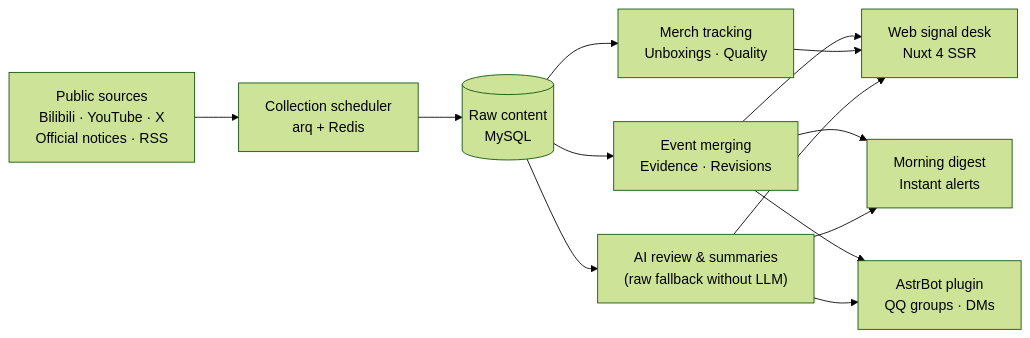
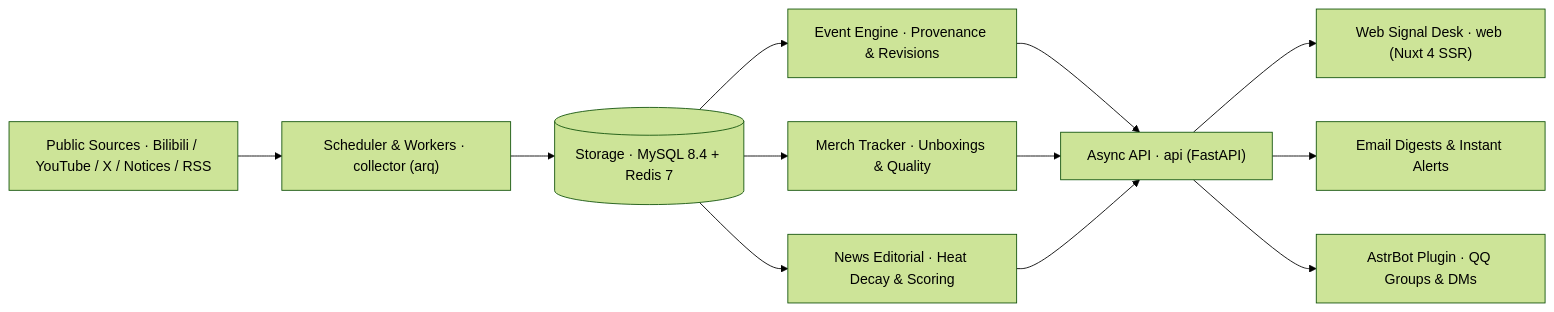
The diagram in README.en.md (tianyin231/AniSignal), drawn with Mermaid (forest theme) before and after one commit. The commit also changed other lines of this file and 1 other file, not shown here.

````diff
--- a/README.en.md
+++ b/README.en.md
@@ -88,15 +90,14 @@
 ```mermaid
 flowchart LR
-    S["Public sources<br/>Bilibili · YouTube · X<br/>Official notices · RSS"] --> Q["Collection scheduler<br/>arq + Redis"]
-    Q --> R[("Raw content<br/>MySQL")]
-    R --> E["Event merging<br/>Evidence · Revisions"]
-    R --> P["Merch tracking<br/>Unboxings · Quality"]
-    R --> A["AI review & summaries<br/>(raw fallback without LLM)"]
-    E --> W["Web signal desk<br/>Nuxt 4 SSR"]
-    P --> W
-    A --> W
-    E --> M["Morning digest<br/>Instant alerts"]
-    A --> M
-    E --> B["AstrBot plugin<br/>QQ groups · DMs"]
-    A --> B
+    S["Public Sources · Bilibili / YouTube / X / Notices / RSS"] --> C["Scheduler & Workers · collector (arq)"]
+    C --> DB[("Storage · MySQL 8.4 + Redis 7")]
+    DB --> E["Event Engine · Provenance & Revisions"]
+    DB --> P["Merch Tracker · Unboxings & Quality"]
+    DB --> N["News Editorial · Heat Decay & Scoring"]
+    E --> API["Async API · api (FastAPI)"]
+    P --> API
+    N --> API
+    API --> W["Web Signal Desk · web (Nuxt 4 SSR)"]
+    API --> M["Email Digests & Instant Alerts"]
+    API --> B["AstrBot Plugin · QQ Groups & DMs"]
 ```
````
